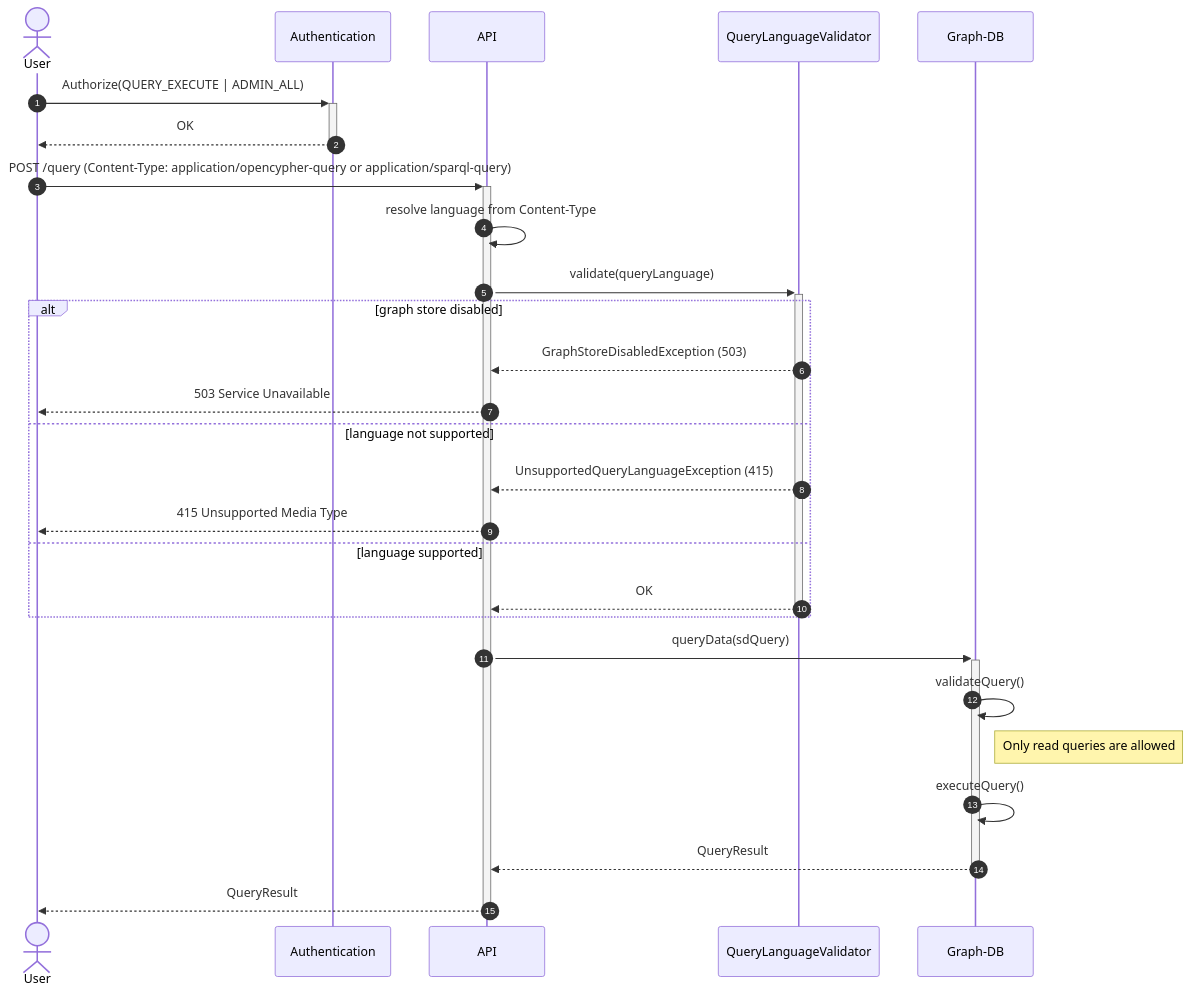
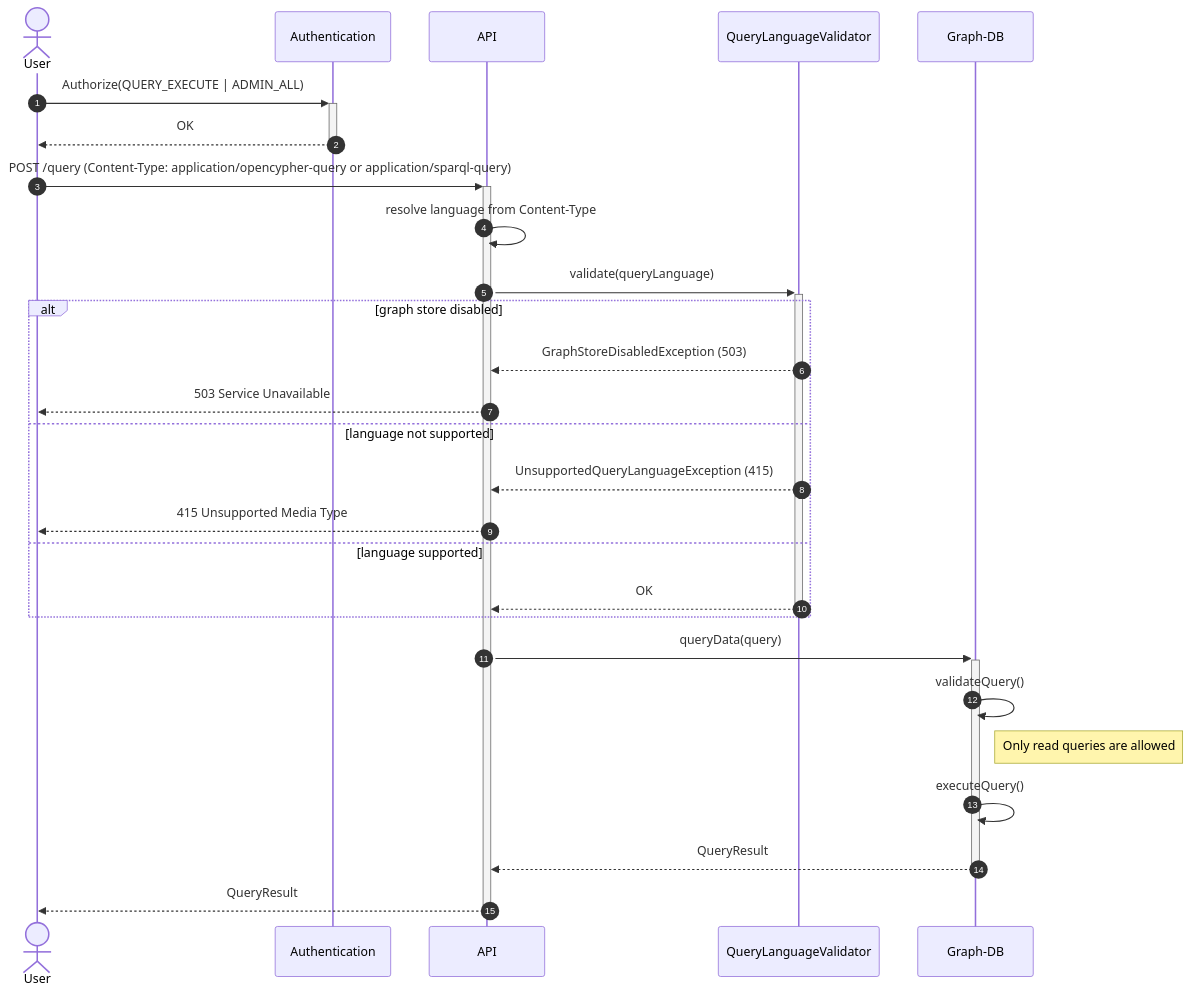
Diagram 27 of 34 in federated-catalogue/src/docs/architecture/chapters/06_runtime_view.adoc (federated-catalogue-enhancements-2026/docs), drawn with Mermaid before and after one commit. The commit also changed other lines of this file and 11 other files, not shown here.

```diff
--- a/federated-catalogue/src/docs/architecture/chapters/06_runtime_view.adoc
+++ b/federated-catalogue/src/docs/architecture/chapters/06_runtime_view.adoc
@@ -874,30 +874,30 @@
 [mermaid, width=2000]
 ....
 sequenceDiagram
     autonumber
     actor User
     participant Auth as Authentication
     participant API
     participant Validator as QueryLanguageValidator
     participant Graph as Graph-DB
     User ->> + Auth:Authorize(QUERY_EXECUTE | ADMIN_ALL)
     Auth -->> - User:OK
     User ->> + API: POST /query (Content-Type: application/opencypher-query or application/sparql-query)
     API ->> API: resolve language from Content-Type
     API ->> + Validator: validate(queryLanguage)
     alt graph store disabled
         Validator -->> API: GraphStoreDisabledException (503)
         API -->> User: 503 Service Unavailable
     else language not supported
         Validator -->> API: UnsupportedQueryLanguageException (415)
         API -->> User: 415 Unsupported Media Type
     else language supported
         Validator -->> - API: OK
     end
-    API ->> + Graph: queryData(sdQuery)
+    API ->> + Graph: queryData(query)
     Graph ->> Graph: validateQuery()
     Note right of Graph: Only read queries are allowed
     Graph ->> Graph: executeQuery()
     Graph -->> -API: QueryResult
     API -->> -User: QueryResult
 ....
```
